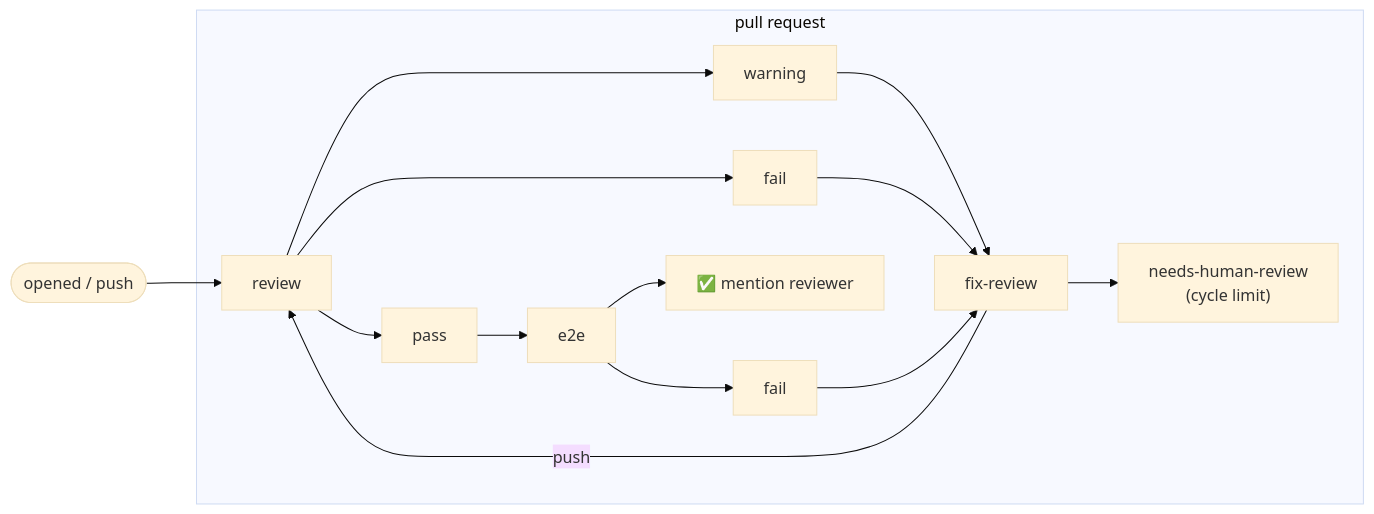
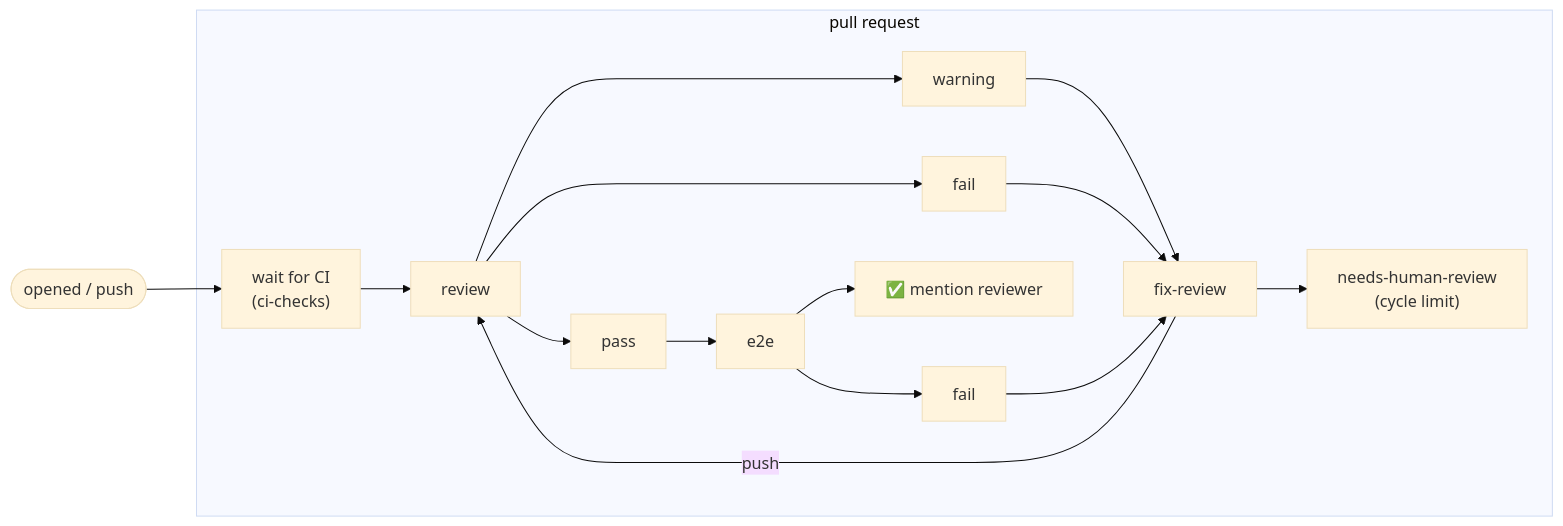
The second of 2 diagrams in docs/architecture.md (jmformenti/patufet), drawn with Mermaid (base theme) before and after one commit. The commit also changed other lines of this file and 27 other files, not shown here.

````diff
--- a/docs/architecture.md
+++ b/docs/architecture.md
@@ -48,17 +48,18 @@
 ```mermaid
 flowchart LR
-    trigger(["opened / push"]) --> review
+    trigger(["opened / push"]) --> wait["wait for CI<br/>(ci-checks)"]
     subgraph pr["pull request"]
+        wait --> review
         review --> pass
         review --> warning
         review --> fail
         pass --> e2e
         e2e --> ok["✅ mention reviewer"]
         e2e --> e2efail[fail]
         warning --> fix[fix-review]
         fail --> fix
         e2efail --> fix
         fix -->|push| review
         fix --> nhr["needs-human-review<br/>(cycle limit)"]
     end
 ```
````
